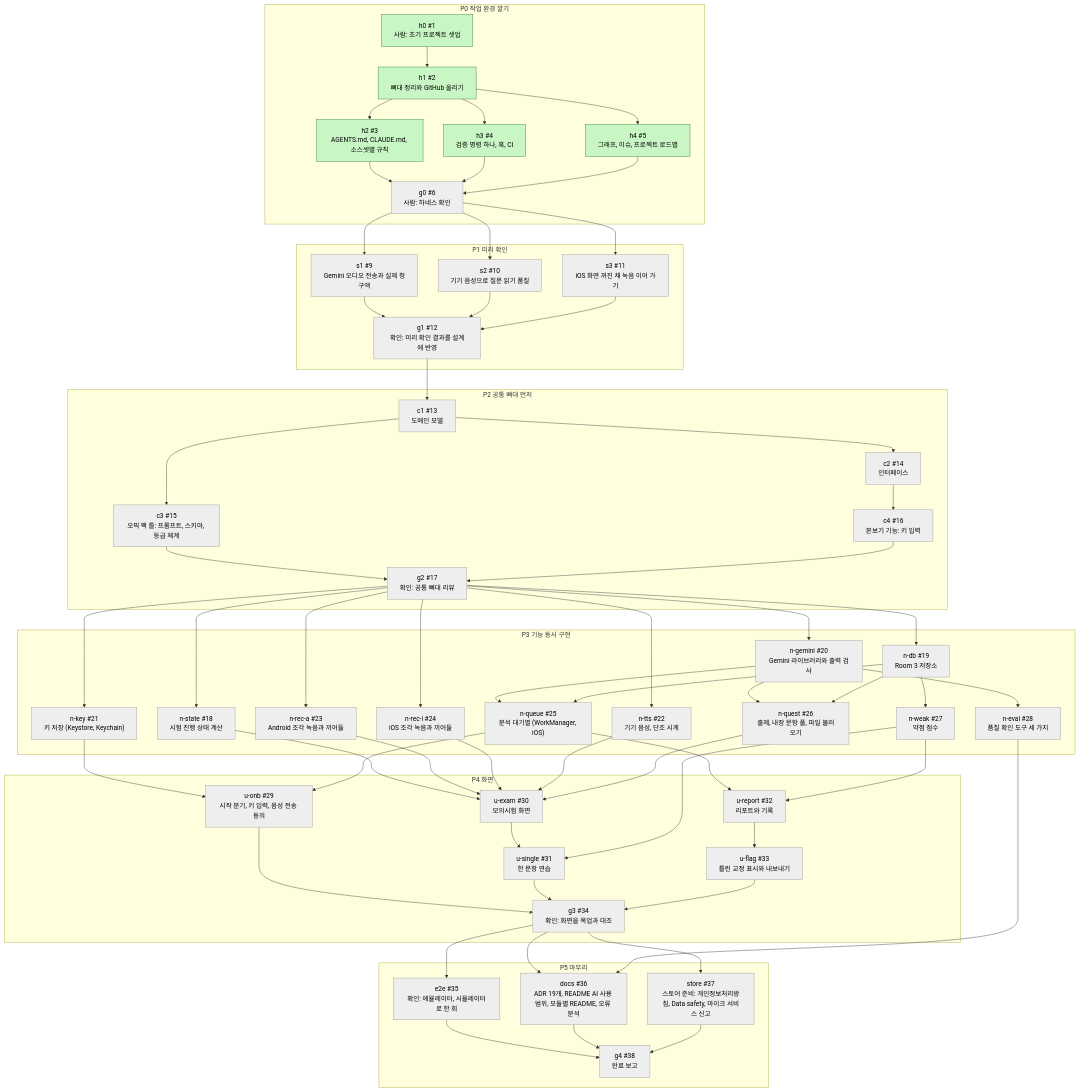
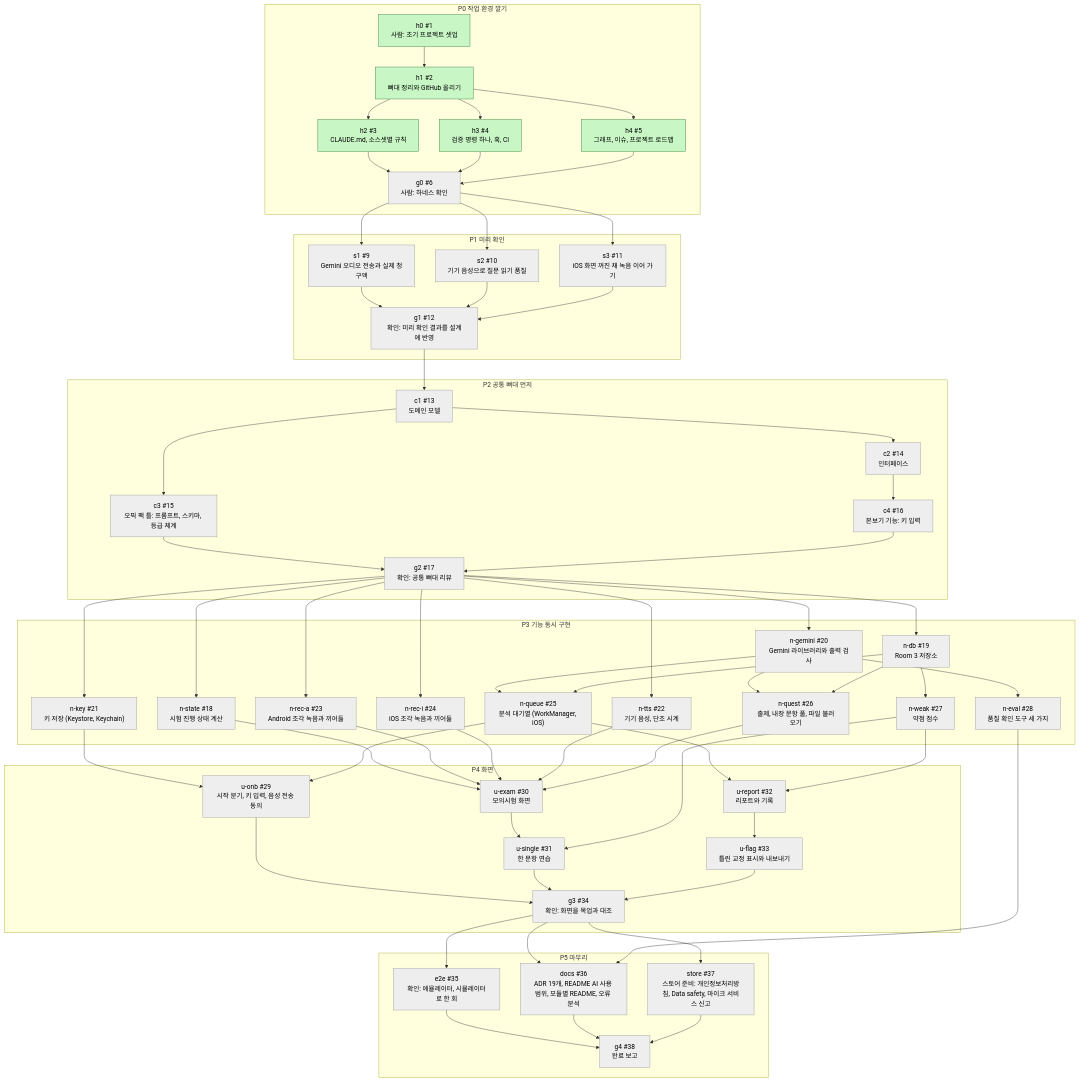
One commit to nosorae/AiOpicSelfStudy changed the diagram in docs/graph/dev-graph.md. Above: the diagram before and after it, drawn with Mermaid. The commit also changed 9 other files, not shown here.

```diff
--- a/docs/graph/dev-graph.md
+++ b/docs/graph/dev-graph.md
@@ -9,7 +9,7 @@
   subgraph P0["P0 작업 환경 깔기"]
     h0["h0 #1<br/>사람: 초기 프로젝트 셋업"]
     h1["h1 #2<br/>뼈대 정리와 GitHub 올리기"]
-    h2["h2 #3<br/>AGENTS.md, CLAUDE.md, 소스셋별 규칙"]
+    h2["h2 #3<br/>CLAUDE.md, 소스셋별 규칙"]
     h3["h3 #4<br/>검증 명령 하나, 훅, CI"]
     h4["h4 #5<br/>그래프, 이슈, 프로젝트 로드맵"]
     g0["g0 #6<br/>사람: 하네스 확인"]
```
